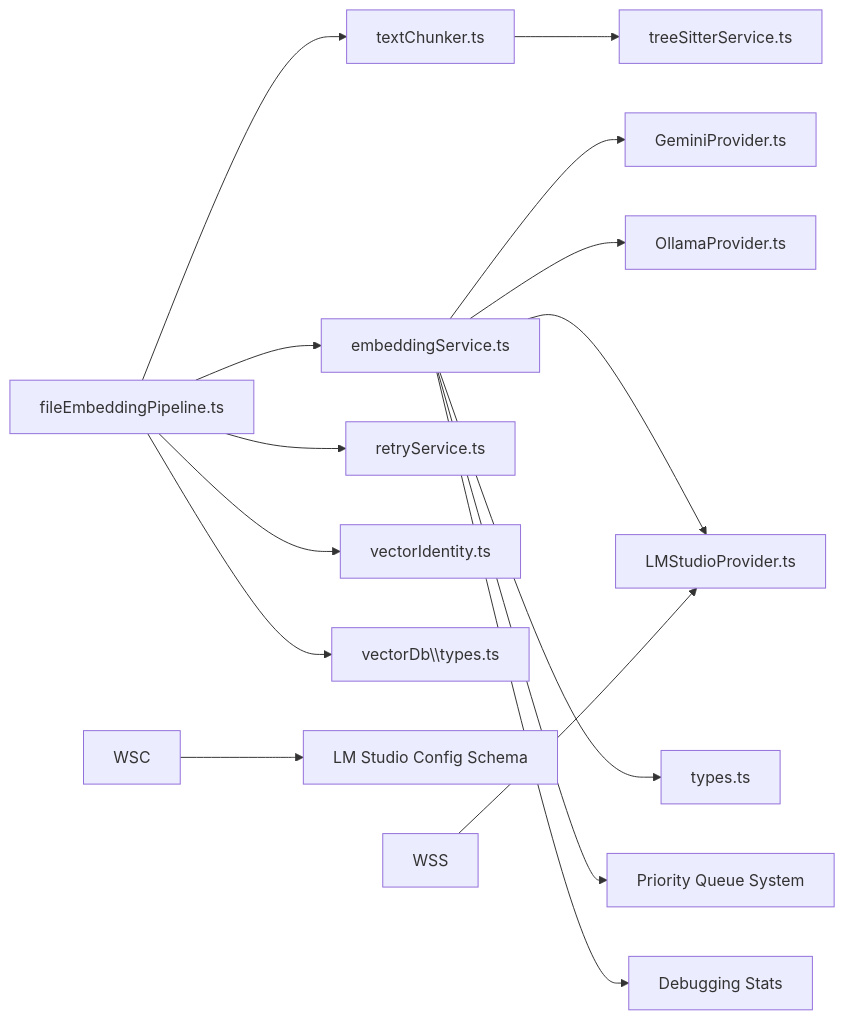
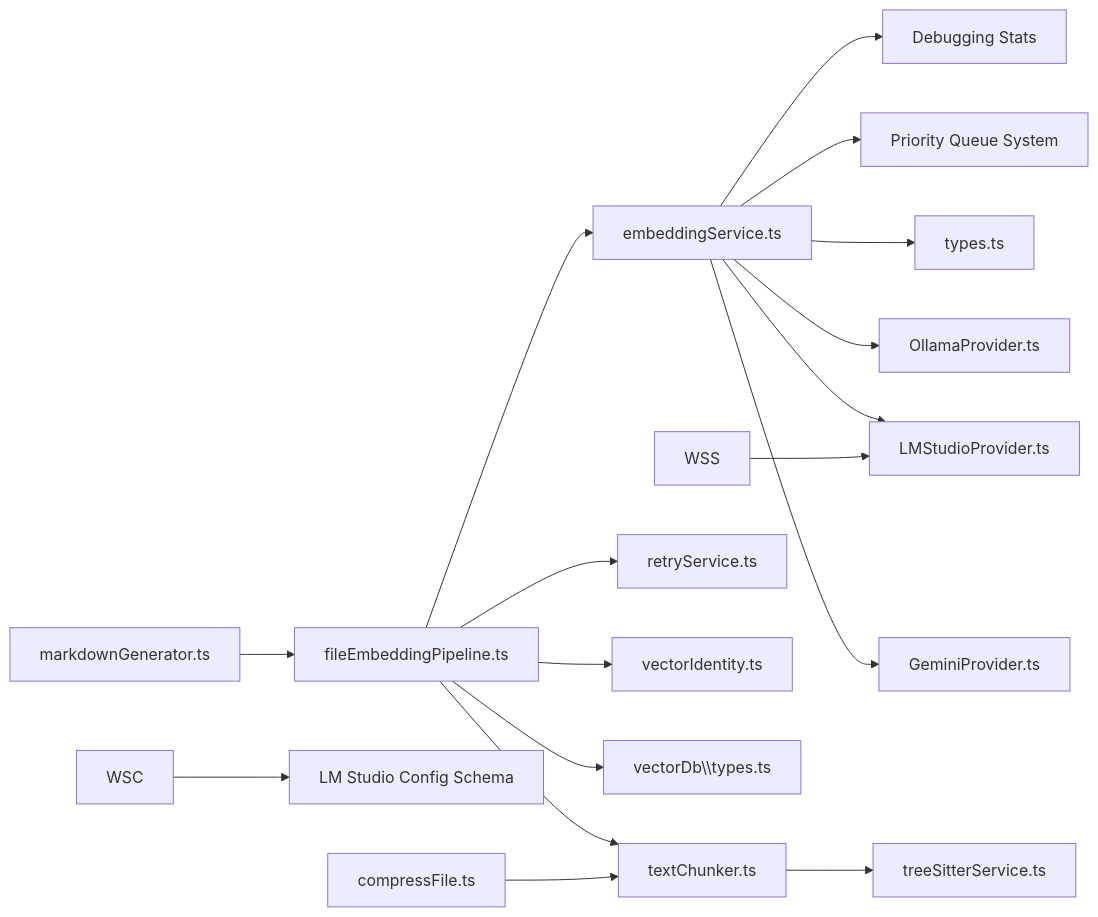
The ninth of 9 diagrams in .qoder/repowiki/en/content/Indexing and Search System/File Embedding Pipeline.md (bramburn/repomix-runner), drawn with Mermaid before and after one commit. The commit also changed other lines of this file and 14 other files, not shown here.

````diff
--- a/.qoder/repowiki/en/content/Indexing and Search System/File Embedding Pipeline.md
+++ b/.qoder/repowiki/en/content/Indexing and Search System/File Embedding Pipeline.md
@@ -580,17 +616,19 @@
 ```mermaid
 graph LR
 FEP["fileEmbeddingPipeline.ts"] --> TC["textChunker.ts"]
 FEP --> ES["embeddingService.ts"]
 FEP --> RS["retryService.ts"]
 FEP --> VID["vectorIdentity.ts"]
 FEP --> VDT["vectorDb\\types.ts"]
 TC --> TS["treeSitterService.ts"]
 ES --> GP["GeminiProvider.ts"]
 ES --> OP["OllamaProvider.ts"]
 ES --> LP["LMStudioProvider.ts"]
 ES --> ET["types.ts"]
 ES --> ESQ["Priority Queue System"]
 ES --> ESD["Debugging Stats"]
 WSC --> LMS["LM Studio Config Schema"]
 WSS --> LP
+MG["markdownGenerator.ts"] --> FEP
+CF["compressFile.ts"] --> TC
 ```
````
